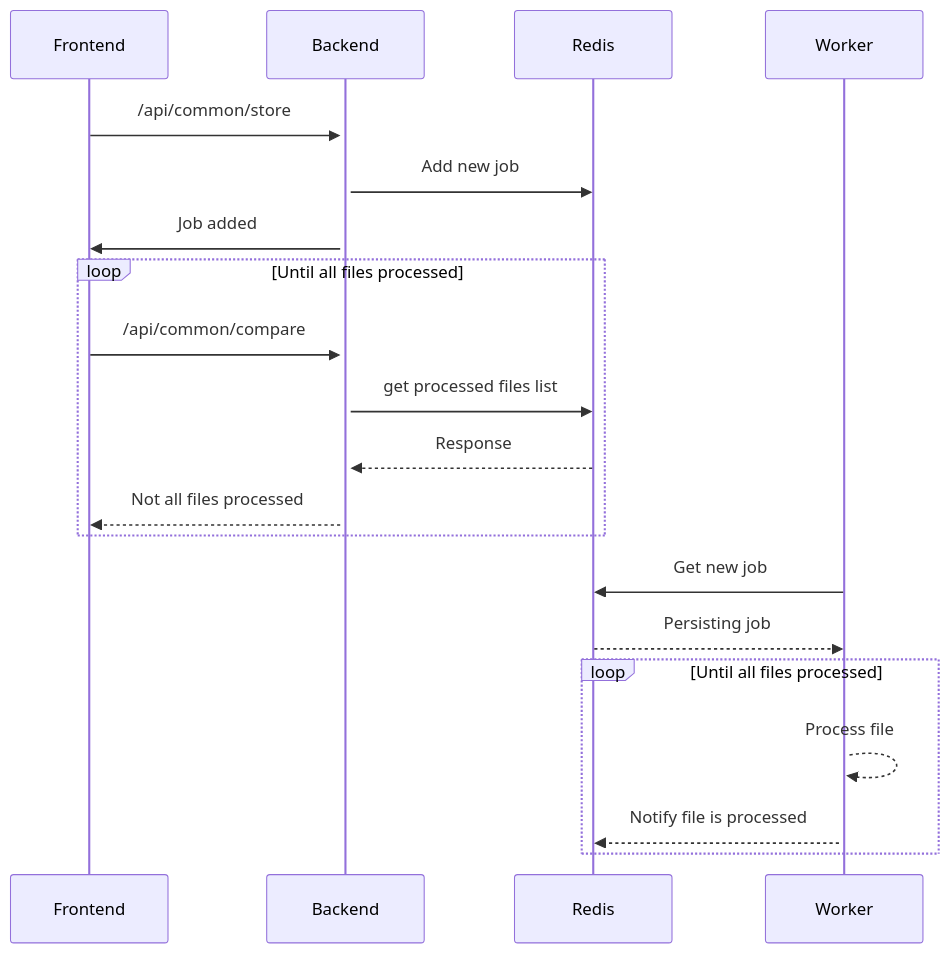
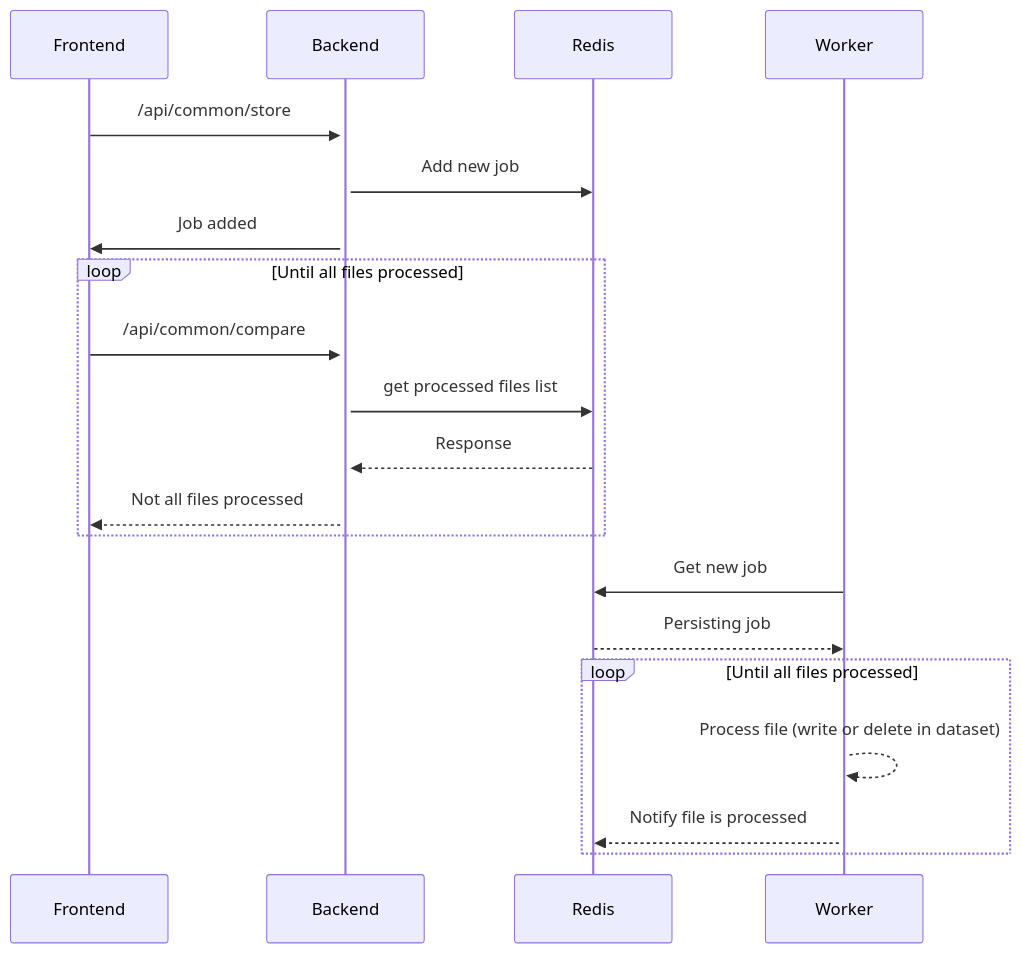
Before and after one commit to libis/rdm-integration: the fifth of 5 diagrams in README.md, drawn with Mermaid.

Commit message:
updated sequence diagrams

````diff
--- a/README.md
+++ b/README.md
@@ -280,19 +280,19 @@
 ```mermaid
 sequenceDiagram
     Frontend->>+Backend: /api/common/store
     Backend->>Redis: Add new job
     Backend->>Frontend: Job added
     loop Until all files processed
         Frontend->>Backend: /api/common/compare
         Backend->>Redis: get processed files list
         Redis-->>Backend: Response
         Backend-->>Frontend: Not all files processed
     end
     Worker->>Redis: Get new job
     Redis-->>Worker: Persisting job
     activate Worker
     loop Until all files processed
-        Worker-->>Worker: Process file
+        Worker-->>Worker: Process file (write or delete in dataset)
         Worker-->>Redis: Notify file is processed
     end
 ```
````
